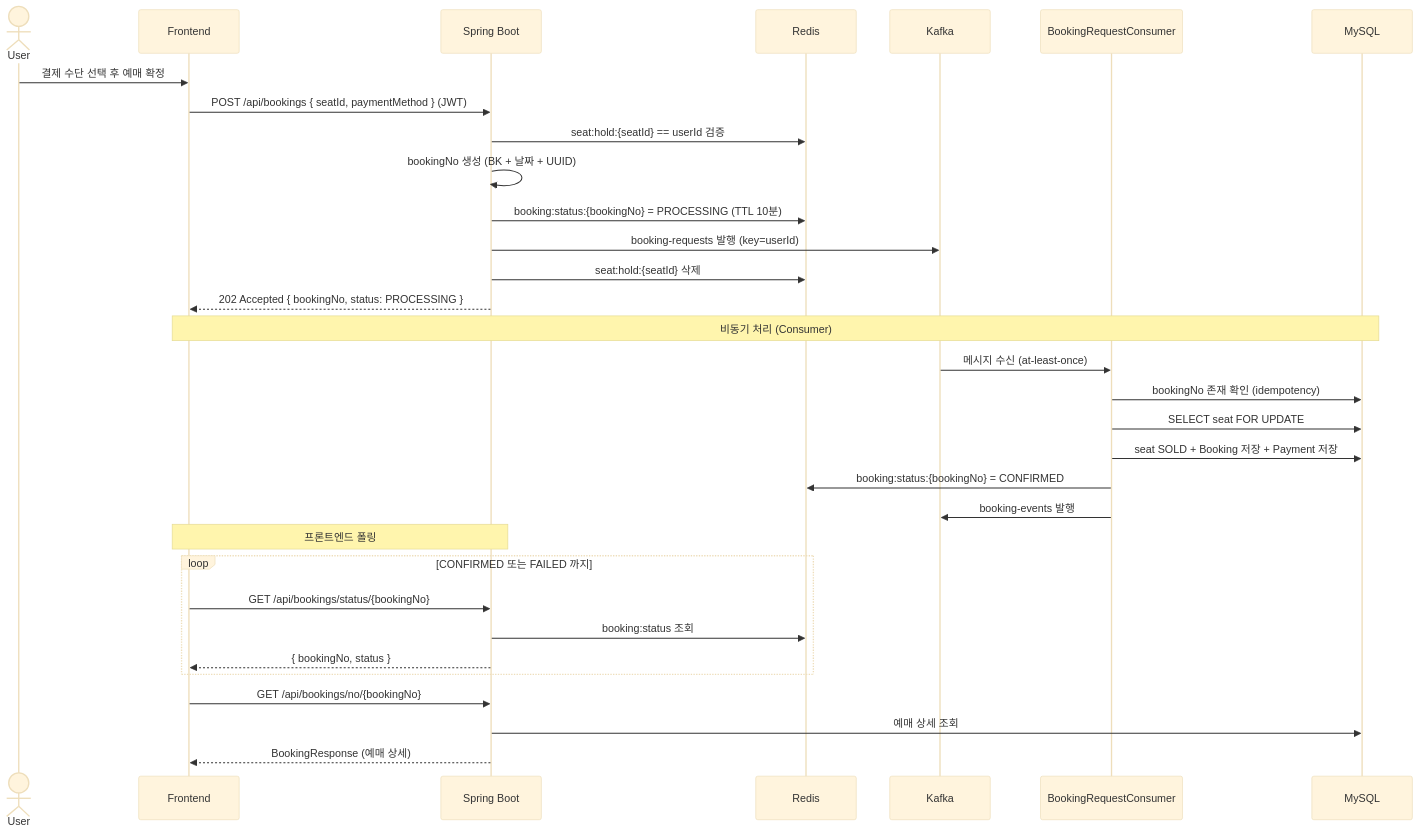
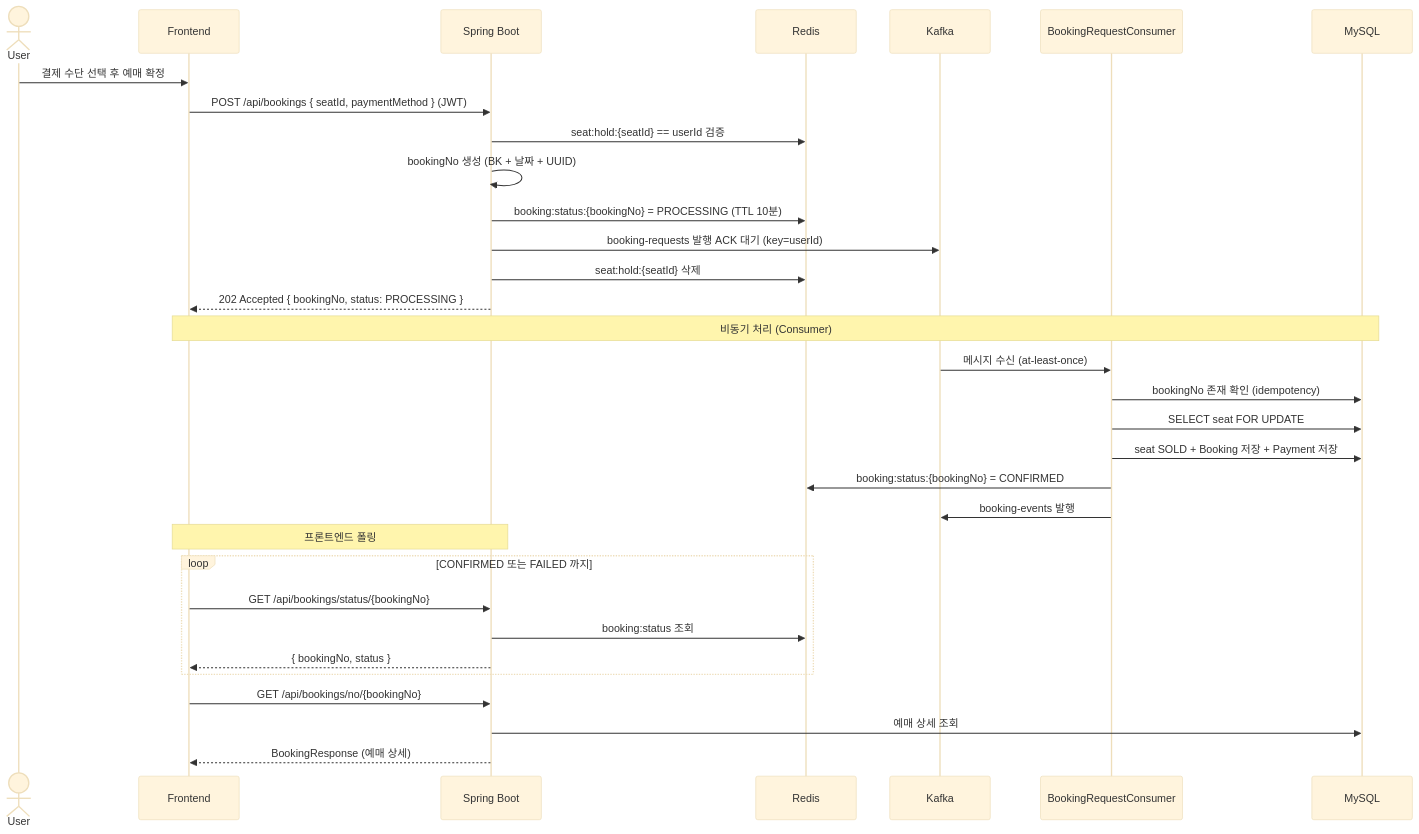
The fourth of 6 diagrams in docs/sequence-diagram.md (mercedes6115/ticketing-vibe), drawn with Mermaid (base theme) before and after one commit. The commit also changed other lines of this file and 6 other files, not shown here.

````diff
--- a/docs/sequence-diagram.md
+++ b/docs/sequence-diagram.md
@@ -103,39 +103,39 @@
 ```mermaid
 sequenceDiagram
     actor User
     participant FE as Frontend
     participant API as Spring Boot
     participant Redis
     participant Kafka
     participant Consumer as BookingRequestConsumer
     participant DB as MySQL
 
     User->>FE: 결제 수단 선택 후 예매 확정
     FE->>API: POST /api/bookings { seatId, paymentMethod } (JWT)
 
     API->>Redis: seat:hold:{seatId} == userId 검증
     API->>API: bookingNo 생성 (BK + 날짜 + UUID)
     API->>Redis: booking:status:{bookingNo} = PROCESSING (TTL 10분)
-    API->>Kafka: booking-requests 발행 (key=userId)
+    API->>Kafka: booking-requests 발행 ACK 대기 (key=userId)
     API->>Redis: seat:hold:{seatId} 삭제
     API-->>FE: 202 Accepted { bookingNo, status: PROCESSING }
 
     Note over FE, DB: 비동기 처리 (Consumer)
     Kafka->>Consumer: 메시지 수신 (at-least-once)
     Consumer->>DB: bookingNo 존재 확인 (idempotency)
     Consumer->>DB: SELECT seat FOR UPDATE
     Consumer->>DB: seat SOLD + Booking 저장 + Payment 저장
     Consumer->>Redis: booking:status:{bookingNo} = CONFIRMED
     Consumer->>Kafka: booking-events 발행
 
     Note over FE, API: 프론트엔드 폴링
     loop CONFIRMED 또는 FAILED 까지
         FE->>API: GET /api/bookings/status/{bookingNo}
         API->>Redis: booking:status 조회
         API-->>FE: { bookingNo, status }
     end
 
     FE->>API: GET /api/bookings/no/{bookingNo}
     API->>DB: 예매 상세 조회
     API-->>FE: BookingResponse (예매 상세)
 ```
````
